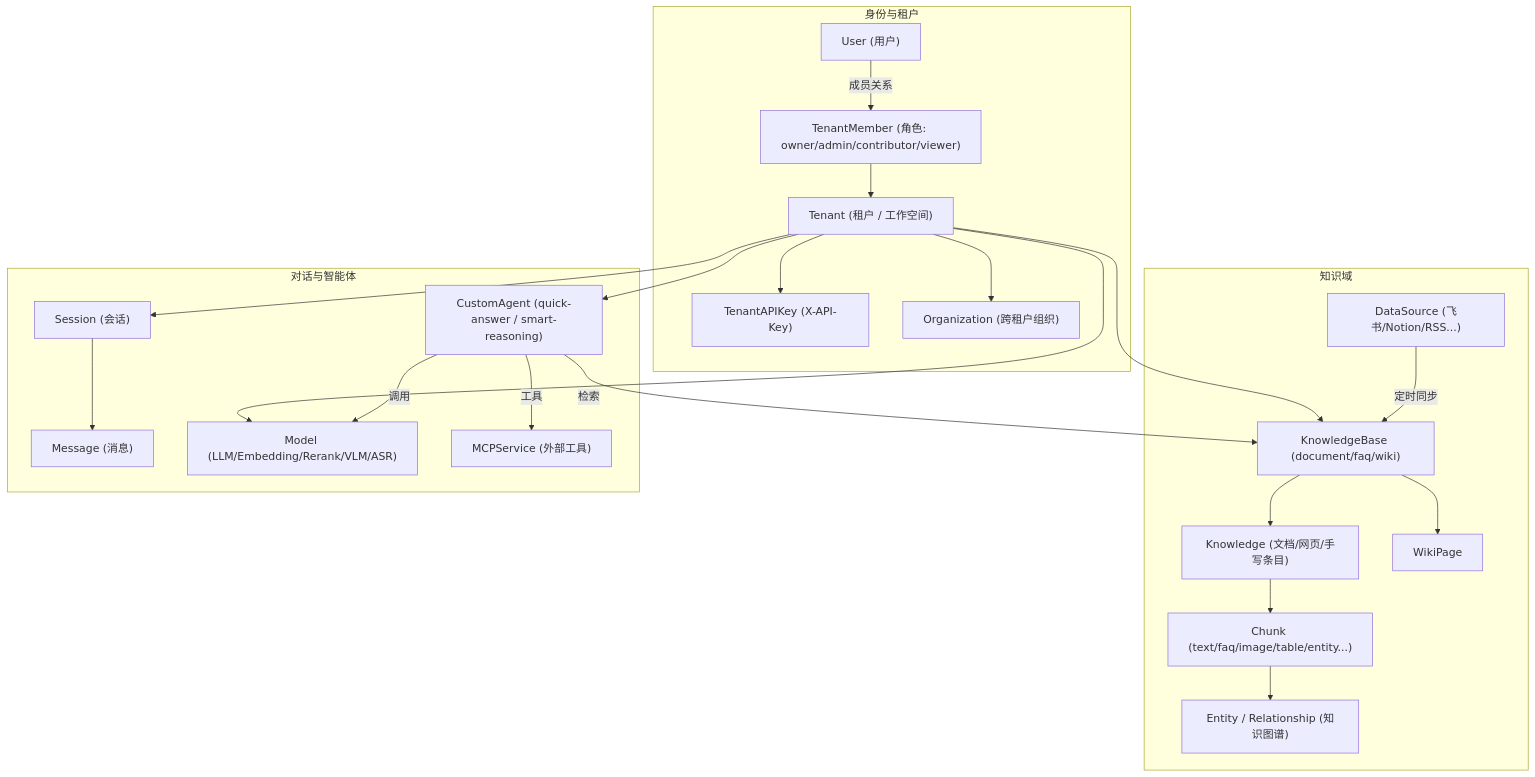
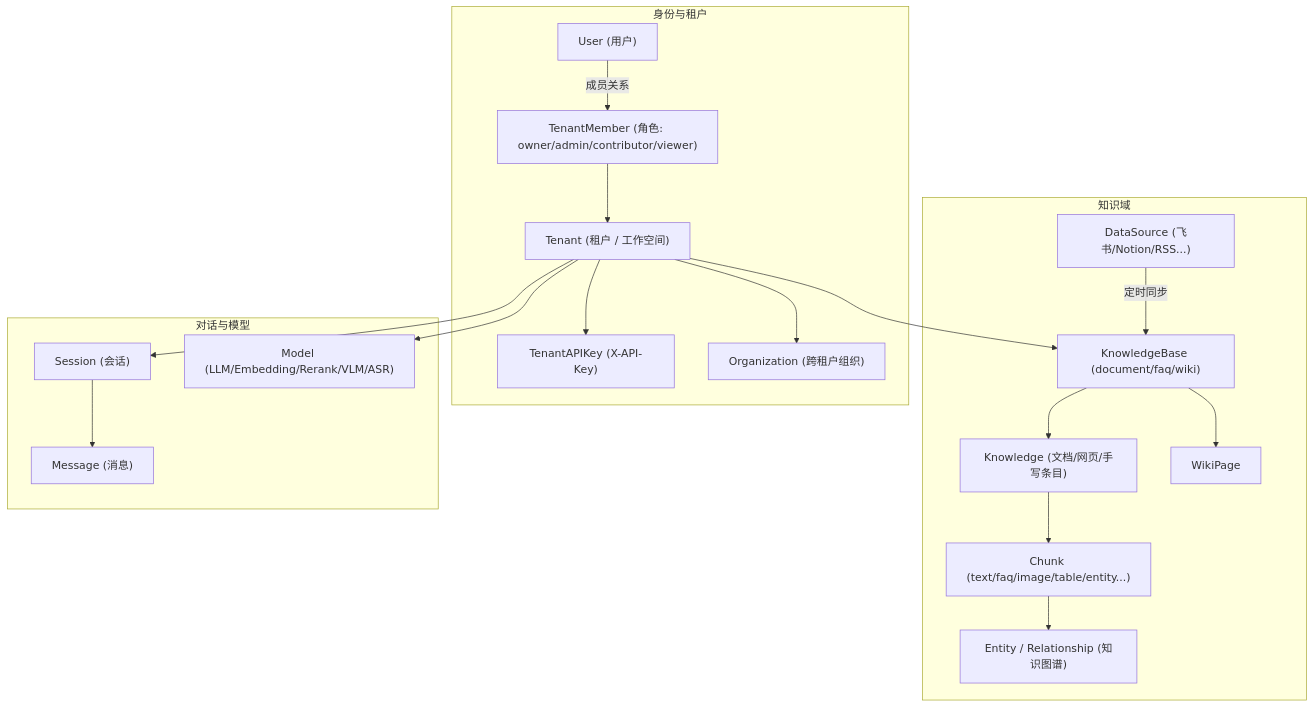
One commit to magicyuan876/Yuheng changed the first of 2 diagrams in website-docs/01-getting-started/01-introduction.md. Above: the diagram before and after it, drawn with Mermaid. The commit also changed other lines of this file and 32 other files, not shown here.

````diff
--- a/website-docs/01-getting-started/01-introduction.md
+++ b/website-docs/01-getting-started/01-introduction.md
@@ -66,39 +63,33 @@
 ```mermaid
 flowchart TB
     subgraph identity["身份与租户"]
         U["User (用户)"]
         T["Tenant (租户 / 工作空间)"]
         TM["TenantMember (角色: owner/admin/contributor/viewer)"]
         AK["TenantAPIKey (X-API-Key)"]
         ORG["Organization (跨租户组织)"]
     end
     subgraph knowledge["知识域"]
         KB["KnowledgeBase (document/faq/wiki)"]
         K["Knowledge (文档/网页/手写条目)"]
         C["Chunk (text/faq/image/table/entity...)"]
         W["WikiPage"]
         G["Entity / Relationship (知识图谱)"]
         DS["DataSource (飞书/Notion/RSS...)"]
     end
-    subgraph chat["对话与智能体"]
+    subgraph chat["对话与模型"]
         S["Session (会话)"]
         MSG["Message (消息)"]
-        AG["CustomAgent (quick-answer / smart-reasoning)"]
         M["Model (LLM/Embedding/Rerank/VLM/ASR)"]
-        MCP["MCPService (外部工具)"]
     end
     U -- "成员关系" --> TM --> T
     T --> AK
     T --> ORG
     T --> KB
     T --> M
-    T --> AG
     KB --> K --> C
     KB --> W
     C --> G
     DS -- "定时同步" --> KB
     T --> S --> MSG
-    AG -- "检索" --> KB
-    AG -- "调用" --> M
-    AG -- "工具" --> MCP
 ```
````
